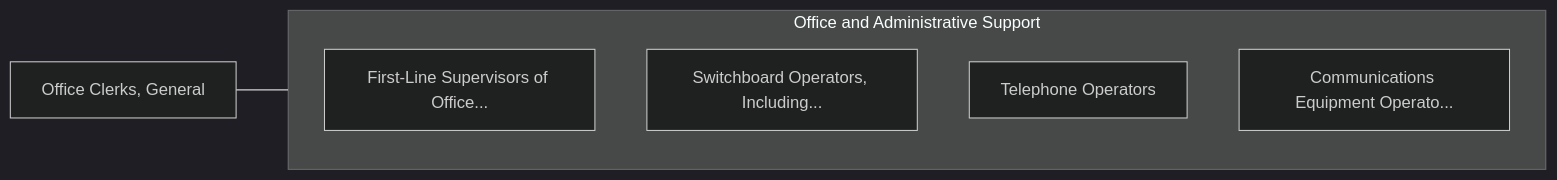
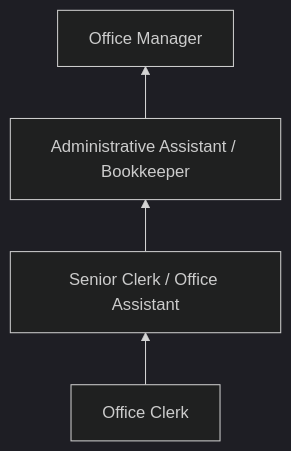
The second of 3 diagrams in occupations/Administrative/OfficeClerksGeneral.mdx (kziemski/business.org.ai), drawn with Mermaid (dark theme) before and after one commit. The commit also changed other lines of this file and 938 other files, not shown here.

````diff
--- a/occupations/Administrative/OfficeClerksGeneral.mdx
+++ b/occupations/Administrative/OfficeClerksGeneral.mdx
@@ -120,13 +74,6 @@
 ```mermaid
-graph LR
-    Current["Office Clerks, General"]
-
-    subgraph SameCategory["Office and Administrative Support"]
-        FirstLineSupervisors["First-Line Supervisors of Office..."]
-        SwitchboardOperators["Switchboard Operators, Including..."]
-        TelephoneOperators["Telephone Operators"]
-        CommunicationsEquipm["Communications Equipment Operato..."]
-    end
-
-    Current --- SameCategory
+graph BT
+    Entry["Office Clerk"] --> Mid["Senior Clerk / Office Assistant"]
+    Mid --> Specialist["Administrative Assistant / Bookkeeper"]
+    Specialist --> Manager["Office Manager"]
 ```
````
